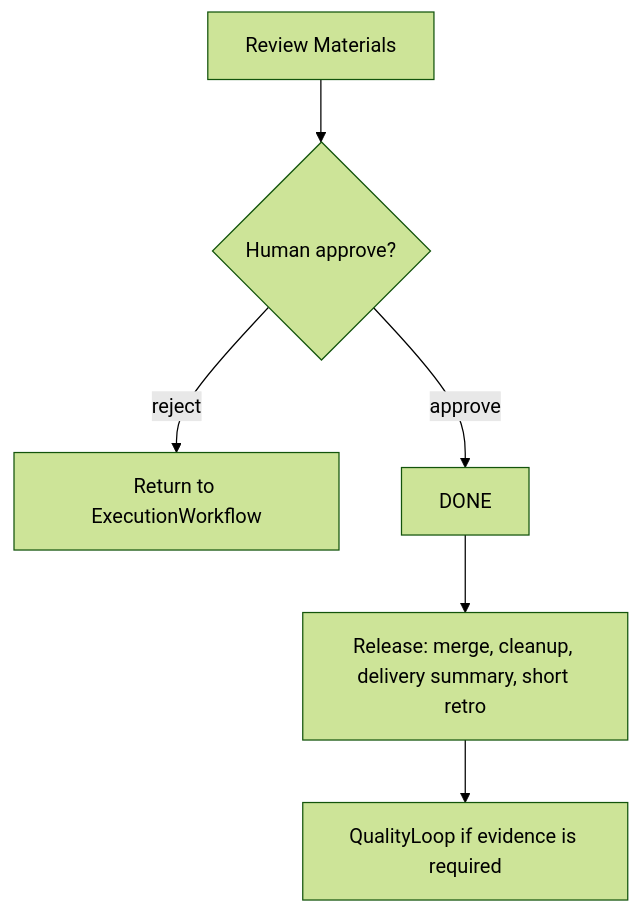
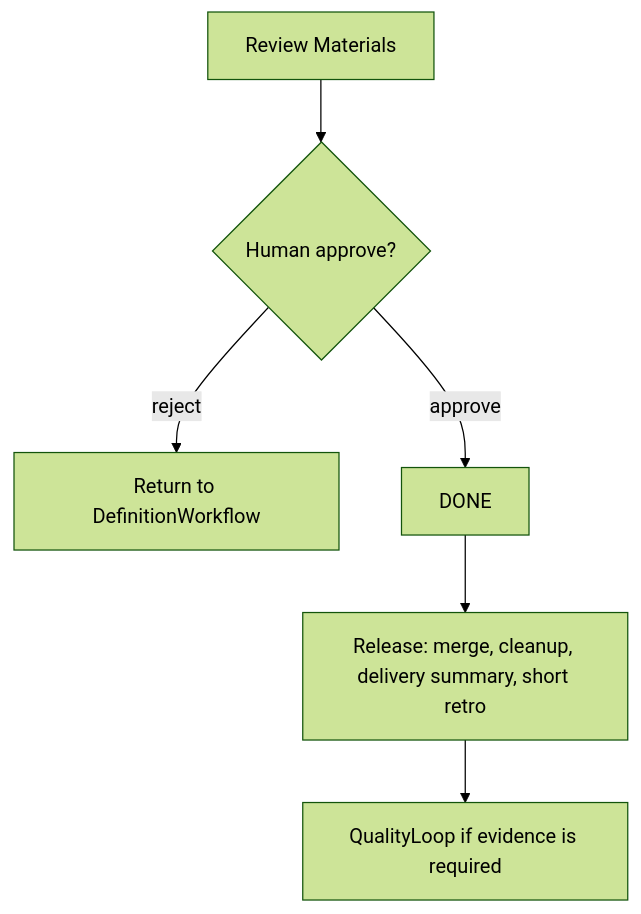
One commit to samzhu/grimoAPP changed the eighth of 10 diagrams in docs/grimo/references/grimo-agent-workflow-definition.md. Above: the diagram before and after it, drawn with Mermaid (forest theme). The commit also changed other lines of this file and 30 other files, not shown here.

````diff
--- a/docs/grimo/references/grimo-agent-workflow-definition.md
+++ b/docs/grimo/references/grimo-agent-workflow-definition.md
@@ -305,8 +300,8 @@
 ```mermaid
 flowchart TD
   Materials["Review Materials"] --> HumanGate{"Human approve?"}
-  HumanGate -- "reject" --> FixPath["Return to ExecutionWorkflow"]
+  HumanGate -- "reject" --> RedefinePath["Return to DefinitionWorkflow"]
   HumanGate -- "approve" --> Done["DONE"]
   Done --> Release["Release: merge, cleanup, delivery summary, short retro"]
   Release --> ReleaseQL["QualityLoop if evidence is required"]
 ```
````
